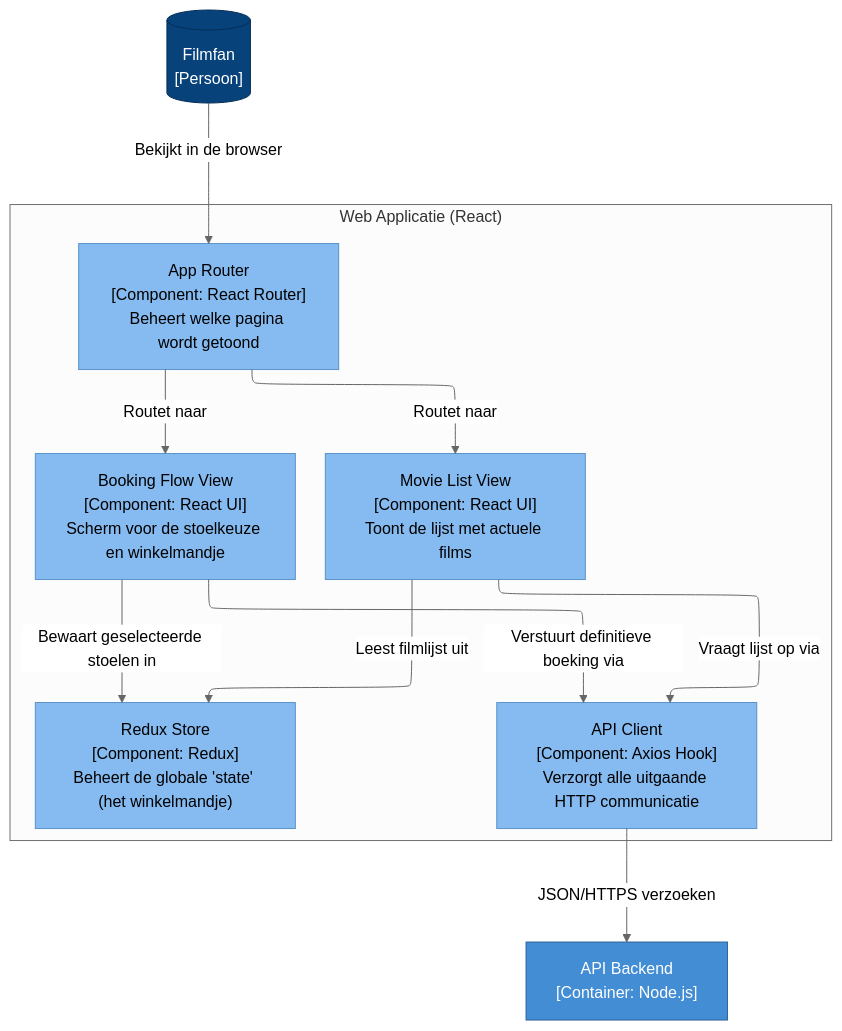
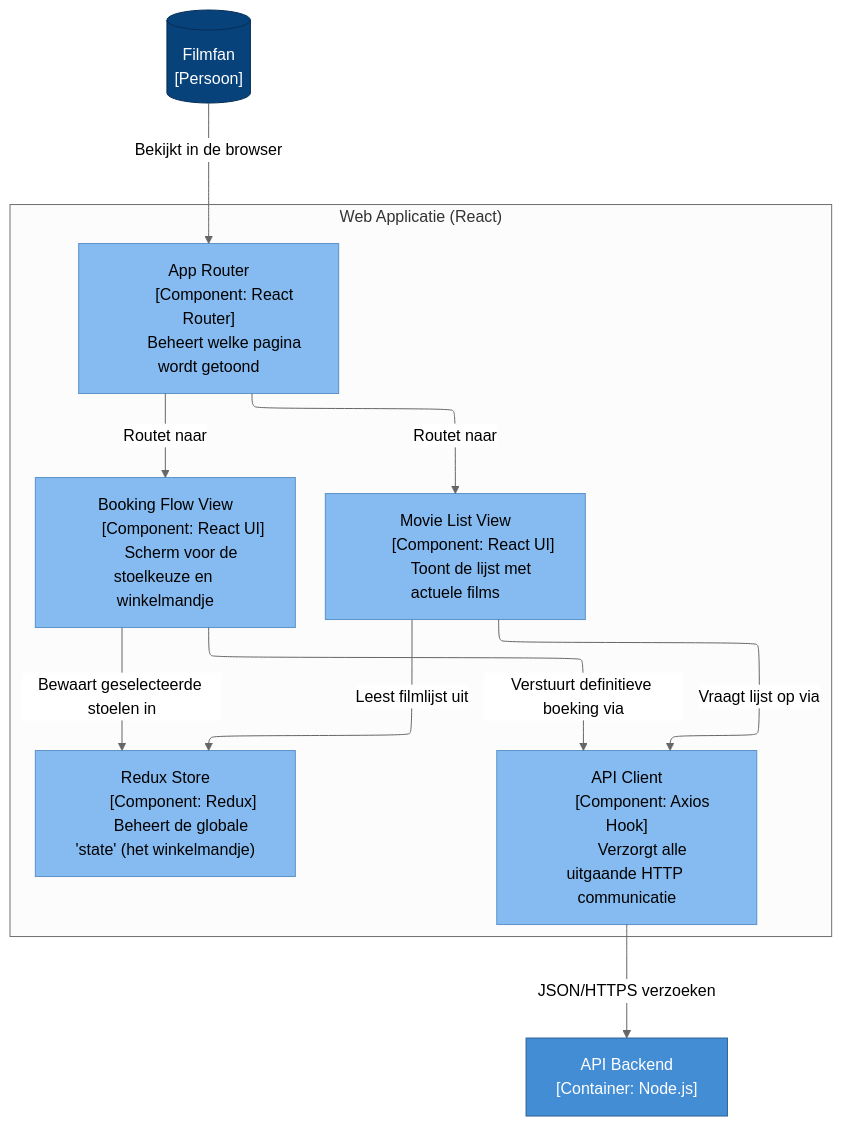
Before and after one commit to jensdev/architecture-as-code: the diagram in 03-components-webapp.md, drawn with Mermaid (neutral theme). The commit also changed 1 other file, not shown here.

````diff
--- a/03-components-webapp.md
+++ b/03-components-webapp.md
@@ -7,35 +7,47 @@
 ```mermaid
 %%{init: {"flowchart": {"defaultRenderer": "elk"}} }%%
 flowchart TB
     classDef container fill:#438dd5,stroke:#2e6295,color:#fff
     classDef component fill:#85bbf0,stroke:#5b93c9,color:#000
     classDef person fill:#08427b,stroke:#052e56,color:#fff
 
-    Klant[("Filmfan\n[Persoon]")]:::person
-    API["API Backend\n[Container: Node.js]"]:::container
+    Klant[("Filmfan
+    [Persoon]")]:::person
+    API["API Backend
+    [Container: Node.js]"]:::container
 
     subgraph WEB_CONTAINER ["Web Applicatie (React)"]
         direction TB
         
-        Router["App Router\n[Component: React Router]\nBeheert welke pagina wordt getoond"]:::component
+        Router["App Router
+        [Component: React Router]
+        Beheert welke pagina wordt getoond"]:::component
         
-        MovieList["Movie List View\n[Component: React UI]\nToont de lijst met actuele films"]:::component
-        BookingFlow["Booking Flow View\n[Component: React UI]\nScherm voor de stoelkeuze en winkelmandje"]:::component
+        MovieList["Movie List View
+        [Component: React UI]
+        Toont de lijst met actuele films"]:::component
+        BookingFlow["Booking Flow View
+        [Component: React UI]
+        Scherm voor de stoelkeuze en winkelmandje"]:::component
         
-        Store["Redux Store\n[Component: Redux]\nBeheert de globale 'state' (het winkelmandje)"]:::component
-        ApiClient["API Client\n[Component: Axios Hook]\nVerzorgt alle uitgaande HTTP communicatie"]:::component
+        Store["Redux Store
+        [Component: Redux]
+        Beheert de globale 'state' (het winkelmandje)"]:::component
+        ApiClient["API Client
+        [Component: Axios Hook]
+        Verzorgt alle uitgaande HTTP communicatie"]:::component
     end
 
     Klant -->|"Bekijkt in de browser"| Router
     
     Router -->|"Routet naar"| MovieList
     Router -->|"Routet naar"| BookingFlow
 
     MovieList -->|"Leest filmlijst uit"| Store
     BookingFlow -->|"Bewaart geselecteerde stoelen in"| Store
 
     MovieList -->|"Vraagt lijst op via"| ApiClient
     BookingFlow -->|"Verstuurt definitieve boeking via"| ApiClient
 
     ApiClient -->|"JSON/HTTPS verzoeken"| API
 ```
````
